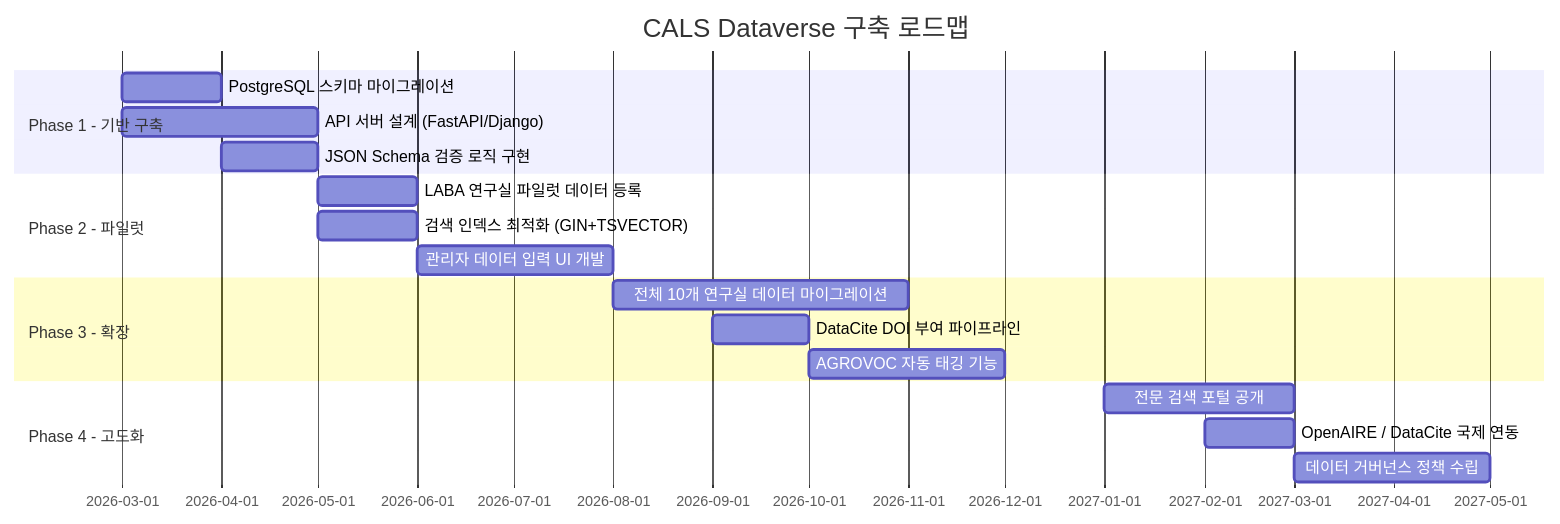
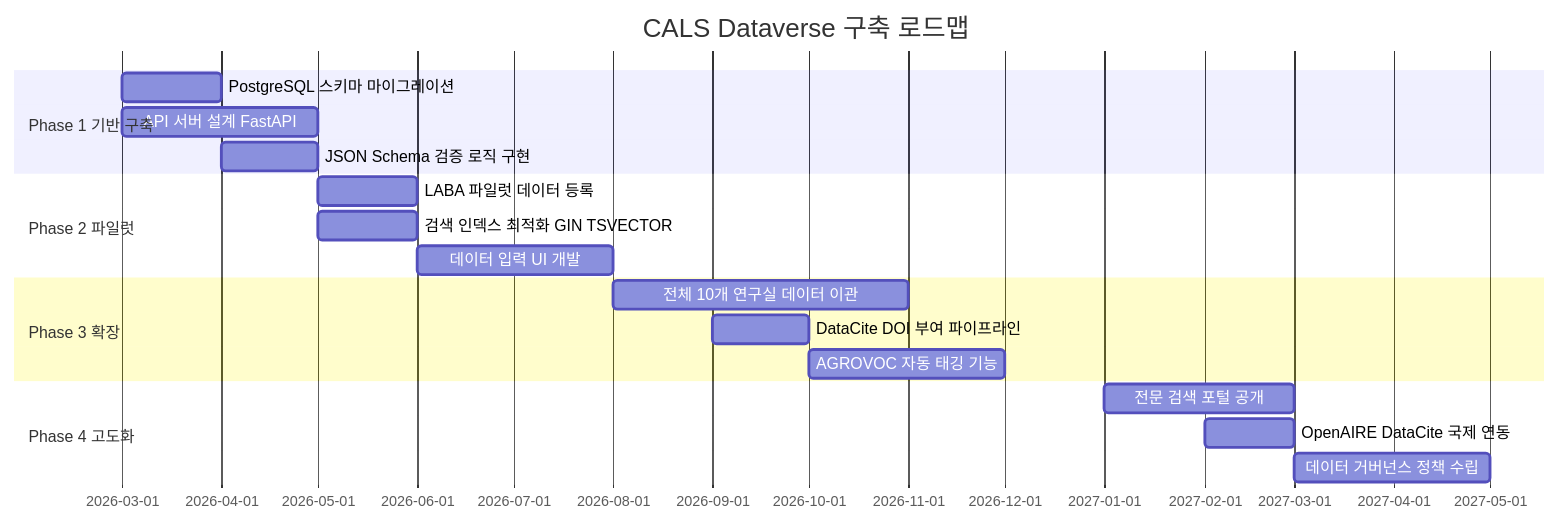
One commit to colswap/cals-dataverse-metadata changed the eighth of 10 diagrams in research/CALS_Dataverse_Strategy_Report.md. Above: the diagram before and after it, drawn with Mermaid. The commit also changed other lines of this file, not shown here.

````diff
--- a/research/CALS_Dataverse_Strategy_Report.md
+++ b/research/CALS_Dataverse_Strategy_Report.md
@@ -739,21 +885,21 @@
 ```mermaid
 gantt
     title CALS Dataverse 구축 로드맵
     dateFormat  YYYY-MM
-    section Phase 1 - 기반 구축
-    PostgreSQL 스키마 마이그레이션    :a1, 2026-03, 1M
-    API 서버 설계 (FastAPI/Django)   :a2, 2026-03, 2M
+    section Phase 1 기반 구축
+    PostgreSQL 스키마 마이그레이션   :a1, 2026-03, 1M
+    API 서버 설계 FastAPI            :a2, 2026-03, 2M
     JSON Schema 검증 로직 구현       :a3, 2026-04, 1M
-    section Phase 2 - 파일럿
-    LABA 연구실 파일럿 데이터 등록   :b1, 2026-05, 1M
-    검색 인덱스 최적화 (GIN+TSVECTOR):b2, 2026-05, 1M
-    관리자 데이터 입력 UI 개발       :b3, 2026-06, 2M
-    section Phase 3 - 확장
-    전체 10개 연구실 데이터 마이그레이션 :c1, 2026-08, 3M
+    section Phase 2 파일럿
+    LABA 파일럿 데이터 등록          :b1, 2026-05, 1M
+    검색 인덱스 최적화 GIN TSVECTOR  :b2, 2026-05, 1M
+    데이터 입력 UI 개발              :b3, 2026-06, 2M
+    section Phase 3 확장
+    전체 10개 연구실 데이터 이관     :c1, 2026-08, 3M
     DataCite DOI 부여 파이프라인     :c2, 2026-09, 1M
     AGROVOC 자동 태깅 기능           :c3, 2026-10, 2M
-    section Phase 4 - 고도화
+    section Phase 4 고도화
     전문 검색 포털 공개              :d1, 2027-01, 2M
-    OpenAIRE / DataCite 국제 연동   :d2, 2027-02, 1M
+    OpenAIRE DataCite 국제 연동      :d2, 2027-02, 1M
     데이터 거버넌스 정책 수립        :d3, 2027-03, 2M
 ```
````
